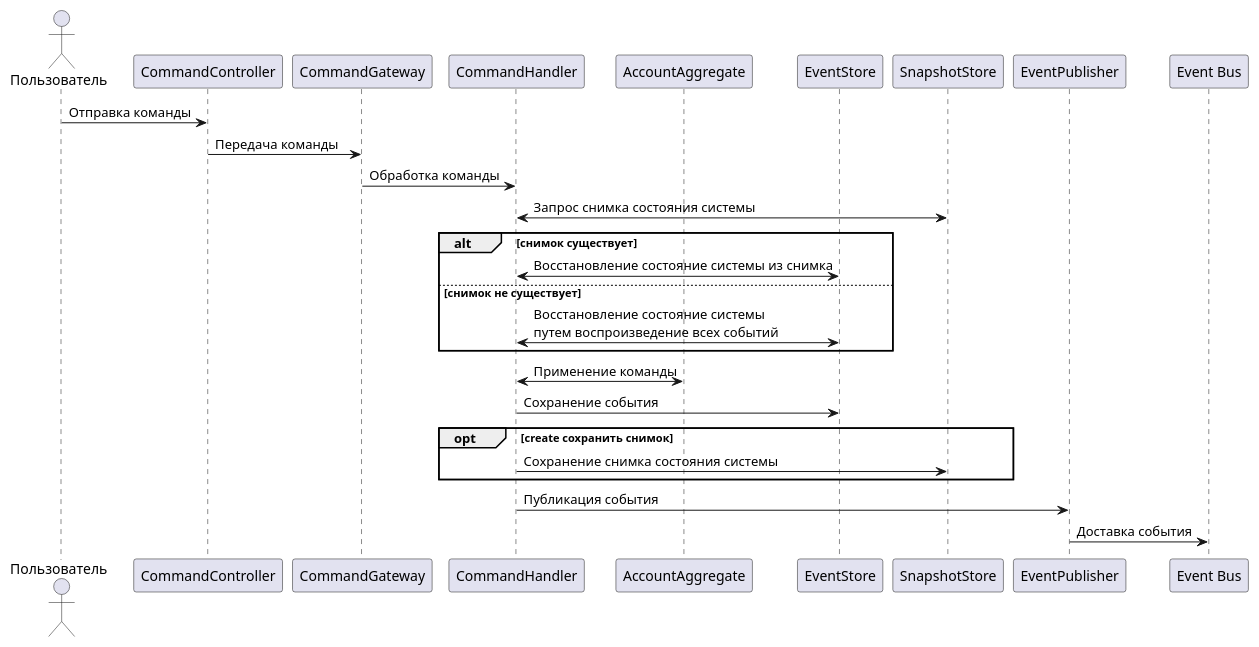
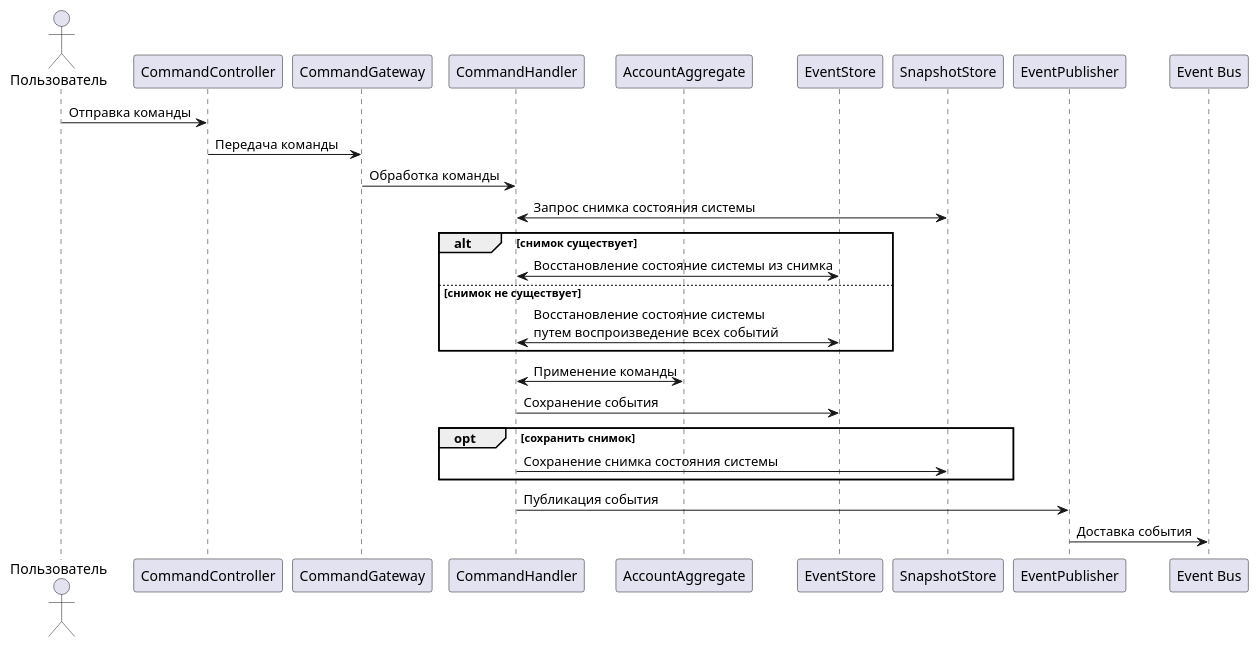
The diagram in docs/diagram/5-command-flow-sequence-diagram.plantuml (mayosen/finance-app), drawn with PlantUML before and after one commit. The commit also changed 2 other files, not shown here.

```diff
--- a/docs/diagram/5-command-flow-sequence-diagram.plantuml
+++ b/docs/diagram/5-command-flow-sequence-diagram.plantuml
@@ -1,32 +1,32 @@
 @startuml
 actor User as "Пользователь"
 participant CommandController as "CommandController"
 participant CommandGateway as "CommandGateway"
 participant CommandHandler as "CommandHandler"
 participant AccountAggregate as "AccountAggregate"
 participant EventStore as "EventStore"
 participant SnapshotStore as "SnapshotStore"
 participant EventPublisher as "EventPublisher"
 participant EventBus as "Event Bus"
 
 User -> CommandController: Отправка команды
 CommandController -> CommandGateway: Передача команды
 CommandGateway -> CommandHandler: Обработка команды
 CommandHandler <-> SnapshotStore: Запрос снимка состояния системы
 
 alt снимок существует
     CommandHandler <-> EventStore: Восстановление состояние системы из снимка
 else снимок не существует
     CommandHandler <-> EventStore: Восстановление состояние системы\nпутем воспроизведение всех событий
 end
 
 CommandHandler <-> AccountAggregate: Применение команды
 CommandHandler -> EventStore: Сохранение события
 
-opt create сохранить снимок
+opt сохранить снимок
     CommandHandler -> SnapshotStore: Сохранение снимка состояния системы
 end
 
 CommandHandler -> EventPublisher: Публикация события
 EventPublisher -> EventBus: Доставка события
 @enduml
```
